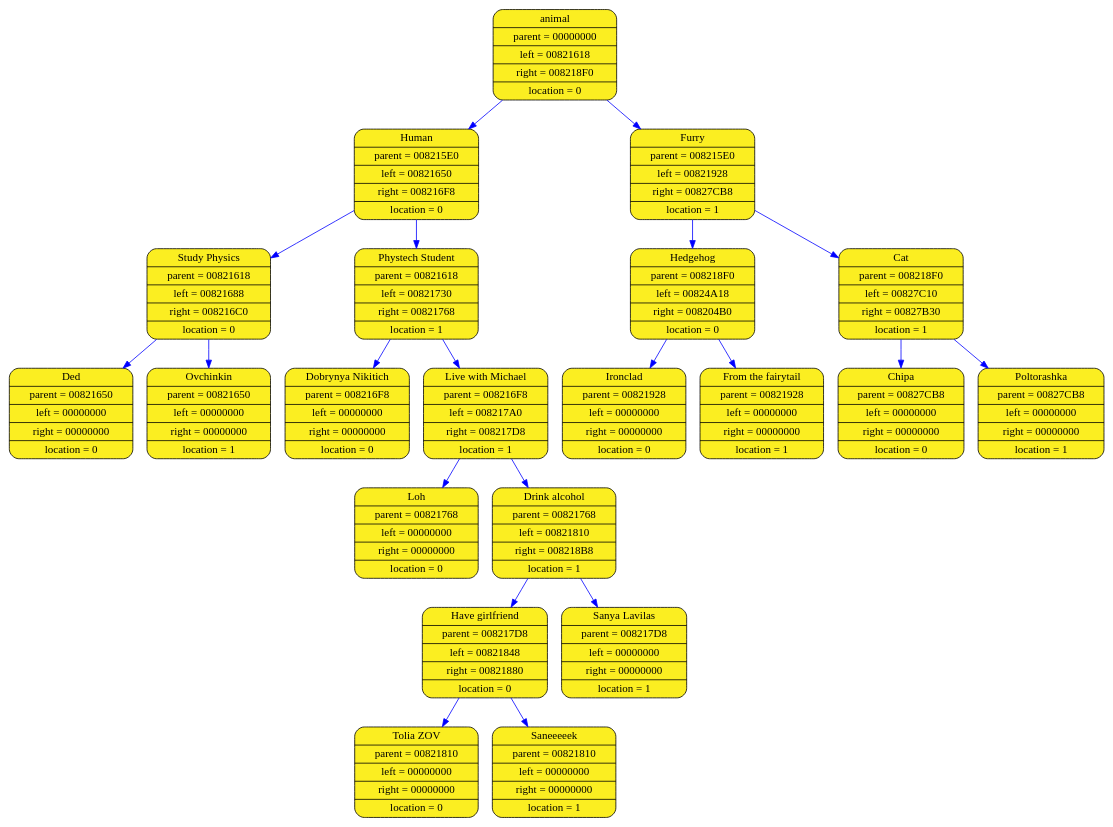
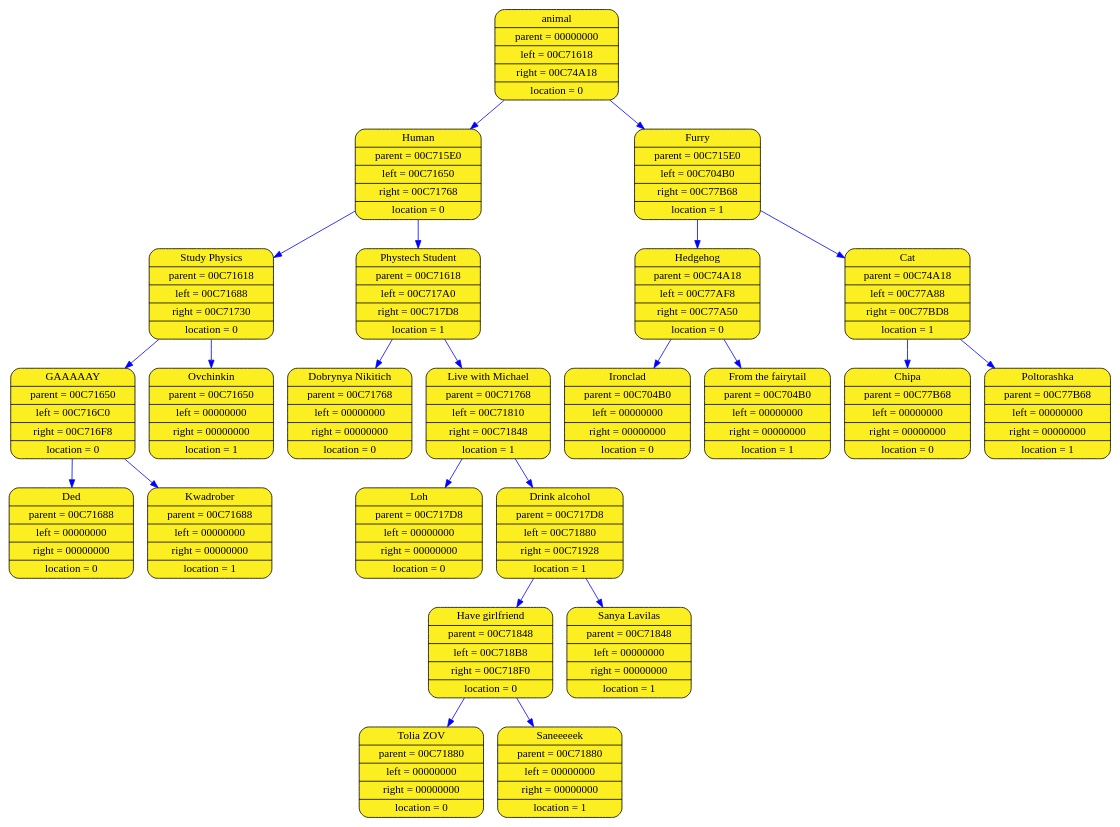
The diagram in log_folder_acinator/acinator_graph.dot (aywert/ACINATOR), drawn with Graphviz before and after one commit. The commit also changed 3 other files, not shown here.

```diff
--- a/log_folder_acinator/acinator_graph.dot
+++ b/log_folder_acinator/acinator_graph.dot
@@ -1,45 +1,49 @@
 digraph list
 {
 rankdir=HR;
-	8525284 [shape = Mrecord; style = filled; fillcolor="#FBEE21"; color = "#000000"; fontcolor = "#000000"; label = "{ animal| parent = 00000000| left = 00821618| right = 008218F0| location = 0}"];
-	8525340 [shape = Mrecord; style = filled; fillcolor="#FBEE21"; color = "#000000"; fontcolor = "#000000"; label = "{ Human| parent = 008215E0| left = 00821650| right = 008216F8| location = 0}"];
-	8525284 -> 8525340 [color="blue"]
-	8525396 [shape = Mrecord; style = filled; fillcolor="#FBEE21"; color = "#000000"; fontcolor = "#000000"; label = "{ Study Physics| parent = 00821618| left = 00821688| right = 008216C0| location = 0}"];
-	8525340 -> 8525396 [color="blue"]
-	8525452 [shape = Mrecord; style = filled; fillcolor="#FBEE21"; color = "#000000"; fontcolor = "#000000"; label = "{ Ded| parent = 00821650| left = 00000000| right = 00000000| location = 0}"];
-	8525396 -> 8525452 [color="blue"]
-	8525508 [shape = Mrecord; style = filled; fillcolor="#FBEE21"; color = "#000000"; fontcolor = "#000000"; label = "{ Ovchinkin| parent = 00821650| left = 00000000| right = 00000000| location = 1}"];
-	8525396 -> 8525508 [color="blue"]
-	8525564 [shape = Mrecord; style = filled; fillcolor="#FBEE21"; color = "#000000"; fontcolor = "#000000"; label = "{ Phystech Student| parent = 00821618| left = 00821730| right = 00821768| location = 1}"];
-	8525340 -> 8525564 [color="blue"]
-	8525620 [shape = Mrecord; style = filled; fillcolor="#FBEE21"; color = "#000000"; fontcolor = "#000000"; label = "{ Dobrynya Nikitich| parent = 008216F8| left = 00000000| right = 00000000| location = 0}"];
-	8525564 -> 8525620 [color="blue"]
-	8525676 [shape = Mrecord; style = filled; fillcolor="#FBEE21"; color = "#000000"; fontcolor = "#000000"; label = "{ Live with Michael| parent = 008216F8| left = 008217A0| right = 008217D8| location = 1}"];
-	8525564 -> 8525676 [color="blue"]
-	8525732 [shape = Mrecord; style = filled; fillcolor="#FBEE21"; color = "#000000"; fontcolor = "#000000"; label = "{ Loh| parent = 00821768| left = 00000000| right = 00000000| location = 0}"];
-	8525676 -> 8525732 [color="blue"]
-	8525788 [shape = Mrecord; style = filled; fillcolor="#FBEE21"; color = "#000000"; fontcolor = "#000000"; label = "{ Drink alcohol| parent = 00821768| left = 00821810| right = 008218B8| location = 1}"];
-	8525676 -> 8525788 [color="blue"]
-	8525844 [shape = Mrecord; style = filled; fillcolor="#FBEE21"; color = "#000000"; fontcolor = "#000000"; label = "{ Have girlfriend| parent = 008217D8| left = 00821848| right = 00821880| location = 0}"];
-	8525788 -> 8525844 [color="blue"]
-	8525900 [shape = Mrecord; style = filled; fillcolor="#FBEE21"; color = "#000000"; fontcolor = "#000000"; label = "{ Tolia ZOV| parent = 00821810| left = 00000000| right = 00000000| location = 0}"];
-	8525844 -> 8525900 [color="blue"]
-	8525956 [shape = Mrecord; style = filled; fillcolor="#FBEE21"; color = "#000000"; fontcolor = "#000000"; label = "{ Saneeeeek| parent = 00821810| left = 00000000| right = 00000000| location = 1}"];
-	8525844 -> 8525956 [color="blue"]
-	8526012 [shape = Mrecord; style = filled; fillcolor="#FBEE21"; color = "#000000"; fontcolor = "#000000"; label = "{ Sanya Lavilas| parent = 008217D8| left = 00000000| right = 00000000| location = 1}"];
-	8525788 -> 8526012 [color="blue"]
-	8526068 [shape = Mrecord; style = filled; fillcolor="#FBEE21"; color = "#000000"; fontcolor = "#000000"; label = "{ Furry| parent = 008215E0| left = 00821928| right = 00827CB8| location = 1}"];
-	8525284 -> 8526068 [color="blue"]
-	8526124 [shape = Mrecord; style = filled; fillcolor="#FBEE21"; color = "#000000"; fontcolor = "#000000"; label = "{ Hedgehog| parent = 008218F0| left = 00824A18| right = 008204B0| location = 0}"];
-	8526068 -> 8526124 [color="blue"]
-	8538652 [shape = Mrecord; style = filled; fillcolor="#FBEE21"; color = "#000000"; fontcolor = "#000000"; label = "{ Ironclad| parent = 00821928| left = 00000000| right = 00000000| location = 0}"];
-	8526124 -> 8538652 [color="blue"]
-	8520884 [shape = Mrecord; style = filled; fillcolor="#FBEE21"; color = "#000000"; fontcolor = "#000000"; label = "{ From the fairytail| parent = 00821928| left = 00000000| right = 00000000| location = 1}"];
-	8526124 -> 8520884 [color="blue"]
-	8551612 [shape = Mrecord; style = filled; fillcolor="#FBEE21"; color = "#000000"; fontcolor = "#000000"; label = "{ Cat| parent = 008218F0| left = 00827C10| right = 00827B30| location = 1}"];
-	8526068 -> 8551612 [color="blue"]
-	8551444 [shape = Mrecord; style = filled; fillcolor="#FBEE21"; color = "#000000"; fontcolor = "#000000"; label = "{ Chipa| parent = 00827CB8| left = 00000000| right = 00000000| location = 0}"];
-	8551612 -> 8551444 [color="blue"]
-	8551220 [shape = Mrecord; style = filled; fillcolor="#FBEE21"; color = "#000000"; fontcolor = "#000000"; label = "{ Poltorashka| parent = 00827CB8| left = 00000000| right = 00000000| location = 1}"];
-	8551612 -> 8551220 [color="blue"]
+	13047268 [shape = Mrecord; style = filled; fillcolor="#FBEE21"; color = "#000000"; fontcolor = "#000000"; label = "{ animal| parent = 00000000| left = 00C71618| right = 00C74A18| location = 0}"];
+	13047324 [shape = Mrecord; style = filled; fillcolor="#FBEE21"; color = "#000000"; fontcolor = "#000000"; label = "{ Human| parent = 00C715E0| left = 00C71650| right = 00C71768| location = 0}"];
+	13047268 -> 13047324 [color="blue"]
+	13047380 [shape = Mrecord; style = filled; fillcolor="#FBEE21"; color = "#000000"; fontcolor = "#000000"; label = "{ Study Physics| parent = 00C71618| left = 00C71688| right = 00C71730| location = 0}"];
+	13047324 -> 13047380 [color="blue"]
+	13047436 [shape = Mrecord; style = filled; fillcolor="#FBEE21"; color = "#000000"; fontcolor = "#000000"; label = "{ GAAAAAY| parent = 00C71650| left = 00C716C0| right = 00C716F8| location = 0}"];
+	13047380 -> 13047436 [color="blue"]
+	13047492 [shape = Mrecord; style = filled; fillcolor="#FBEE21"; color = "#000000"; fontcolor = "#000000"; label = "{ Ded| parent = 00C71688| left = 00000000| right = 00000000| location = 0}"];
+	13047436 -> 13047492 [color="blue"]
+	13047548 [shape = Mrecord; style = filled; fillcolor="#FBEE21"; color = "#000000"; fontcolor = "#000000"; label = "{ Kwadrober| parent = 00C71688| left = 00000000| right = 00000000| location = 1}"];
+	13047436 -> 13047548 [color="blue"]
+	13047604 [shape = Mrecord; style = filled; fillcolor="#FBEE21"; color = "#000000"; fontcolor = "#000000"; label = "{ Ovchinkin| parent = 00C71650| left = 00000000| right = 00000000| location = 1}"];
+	13047380 -> 13047604 [color="blue"]
+	13047660 [shape = Mrecord; style = filled; fillcolor="#FBEE21"; color = "#000000"; fontcolor = "#000000"; label = "{ Phystech Student| parent = 00C71618| left = 00C717A0| right = 00C717D8| location = 1}"];
+	13047324 -> 13047660 [color="blue"]
+	13047716 [shape = Mrecord; style = filled; fillcolor="#FBEE21"; color = "#000000"; fontcolor = "#000000"; label = "{ Dobrynya Nikitich| parent = 00C71768| left = 00000000| right = 00000000| location = 0}"];
+	13047660 -> 13047716 [color="blue"]
+	13047772 [shape = Mrecord; style = filled; fillcolor="#FBEE21"; color = "#000000"; fontcolor = "#000000"; label = "{ Live with Michael| parent = 00C71768| left = 00C71810| right = 00C71848| location = 1}"];
+	13047660 -> 13047772 [color="blue"]
+	13047828 [shape = Mrecord; style = filled; fillcolor="#FBEE21"; color = "#000000"; fontcolor = "#000000"; label = "{ Loh| parent = 00C717D8| left = 00000000| right = 00000000| location = 0}"];
+	13047772 -> 13047828 [color="blue"]
+	13047884 [shape = Mrecord; style = filled; fillcolor="#FBEE21"; color = "#000000"; fontcolor = "#000000"; label = "{ Drink alcohol| parent = 00C717D8| left = 00C71880| right = 00C71928| location = 1}"];
+	13047772 -> 13047884 [color="blue"]
+	13047940 [shape = Mrecord; style = filled; fillcolor="#FBEE21"; color = "#000000"; fontcolor = "#000000"; label = "{ Have girlfriend| parent = 00C71848| left = 00C718B8| right = 00C718F0| location = 0}"];
+	13047884 -> 13047940 [color="blue"]
+	13047996 [shape = Mrecord; style = filled; fillcolor="#FBEE21"; color = "#000000"; fontcolor = "#000000"; label = "{ Tolia ZOV| parent = 00C71880| left = 00000000| right = 00000000| location = 0}"];
+	13047940 -> 13047996 [color="blue"]
+	13048052 [shape = Mrecord; style = filled; fillcolor="#FBEE21"; color = "#000000"; fontcolor = "#000000"; label = "{ Saneeeeek| parent = 00C71880| left = 00000000| right = 00000000| location = 1}"];
+	13047940 -> 13048052 [color="blue"]
+	13048108 [shape = Mrecord; style = filled; fillcolor="#FBEE21"; color = "#000000"; fontcolor = "#000000"; label = "{ Sanya Lavilas| parent = 00C71848| left = 00000000| right = 00000000| location = 1}"];
+	13047884 -> 13048108 [color="blue"]
+	13060636 [shape = Mrecord; style = filled; fillcolor="#FBEE21"; color = "#000000"; fontcolor = "#000000"; label = "{ Furry| parent = 00C715E0| left = 00C704B0| right = 00C77B68| location = 1}"];
+	13047268 -> 13060636 [color="blue"]
+	13042868 [shape = Mrecord; style = filled; fillcolor="#FBEE21"; color = "#000000"; fontcolor = "#000000"; label = "{ Hedgehog| parent = 00C74A18| left = 00C77AF8| right = 00C77A50| location = 0}"];
+	13060636 -> 13042868 [color="blue"]
+	13073148 [shape = Mrecord; style = filled; fillcolor="#FBEE21"; color = "#000000"; fontcolor = "#000000"; label = "{ Ironclad| parent = 00C704B0| left = 00000000| right = 00000000| location = 0}"];
+	13042868 -> 13073148 [color="blue"]
+	13072980 [shape = Mrecord; style = filled; fillcolor="#FBEE21"; color = "#000000"; fontcolor = "#000000"; label = "{ From the fairytail| parent = 00C704B0| left = 00000000| right = 00000000| location = 1}"];
+	13042868 -> 13072980 [color="blue"]
+	13073260 [shape = Mrecord; style = filled; fillcolor="#FBEE21"; color = "#000000"; fontcolor = "#000000"; label = "{ Cat| parent = 00C74A18| left = 00C77A88| right = 00C77BD8| location = 1}"];
+	13060636 -> 13073260 [color="blue"]
+	13073036 [shape = Mrecord; style = filled; fillcolor="#FBEE21"; color = "#000000"; fontcolor = "#000000"; label = "{ Chipa| parent = 00C77B68| left = 00000000| right = 00000000| location = 0}"];
+	13073260 -> 13073036 [color="blue"]
+	13073372 [shape = Mrecord; style = filled; fillcolor="#FBEE21"; color = "#000000"; fontcolor = "#000000"; label = "{ Poltorashka| parent = 00C77B68| left = 00000000| right = 00000000| location = 1}"];
+	13073260 -> 13073372 [color="blue"]
 	}
```
